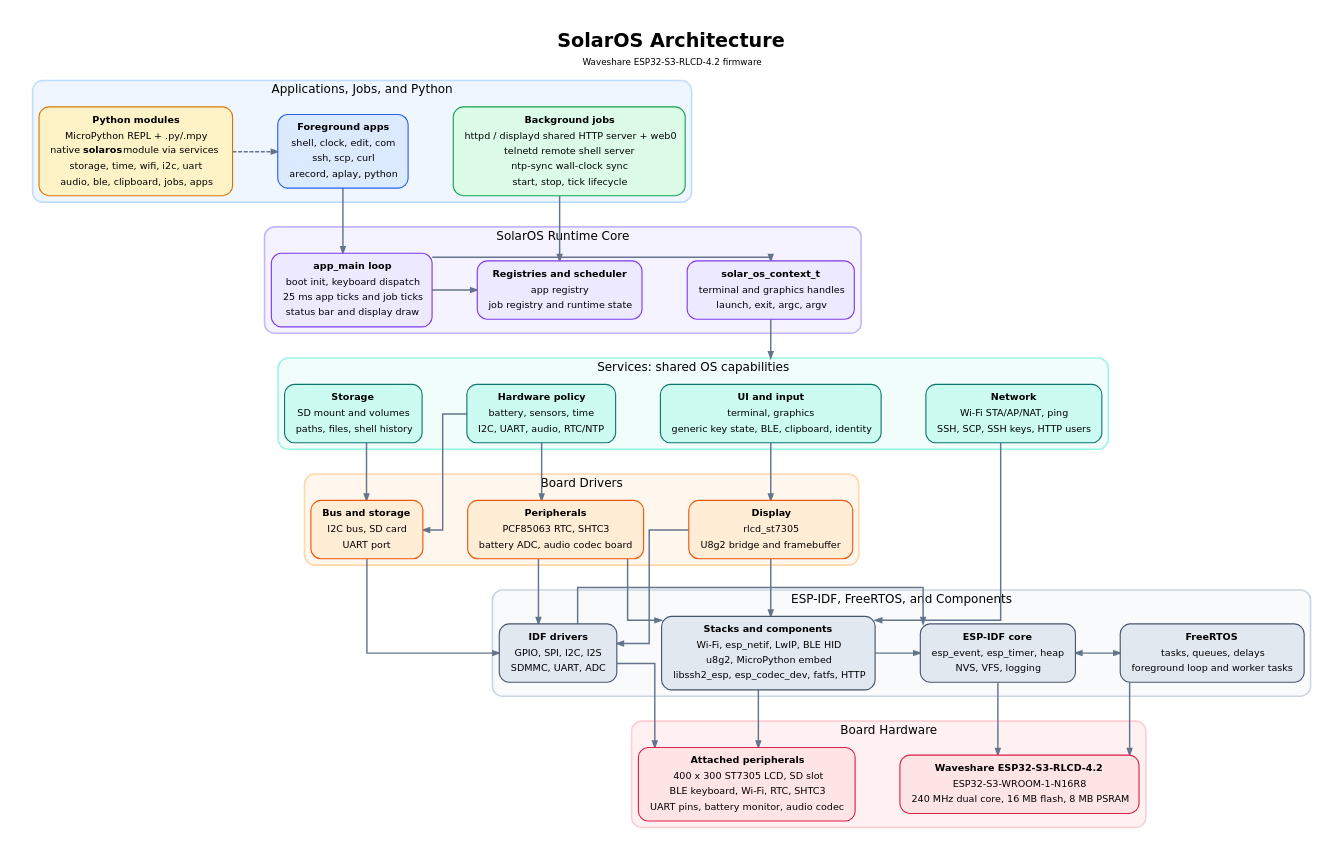
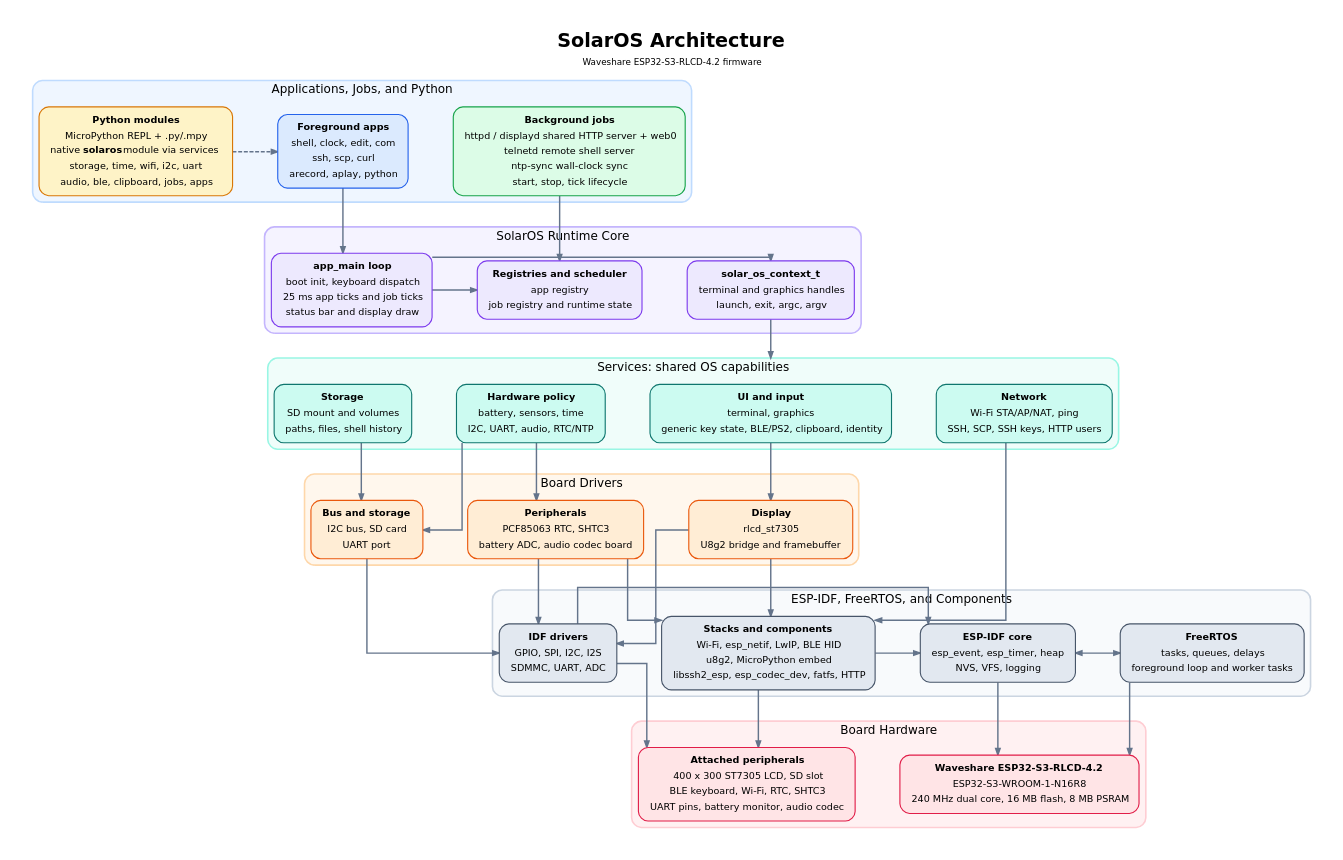
One commit to metegokhan/sol_os_gui changed the diagram in doc/solar_os_architecture.dot. Above: the diagram before and after it, drawn with Graphviz. The commit also changed 40 other files, not shown here.

```diff
--- a/doc/solar_os_architecture.dot
+++ b/doc/solar_os_architecture.dot
@@ -151,7 +151,7 @@
                 <TABLE BORDER="0" CELLBORDER="0" CELLSPACING="2">
                     <TR><TD><B>UI and input</B></TD></TR>
                     <TR><TD>terminal, graphics</TD></TR>
-                    <TR><TD>generic key state, BLE, clipboard, identity</TD></TR>
+                    <TR><TD>generic key state, BLE/PS2, clipboard, identity</TD></TR>
                 </TABLE>
             >,
             fillcolor="#ccfbf1",
```
